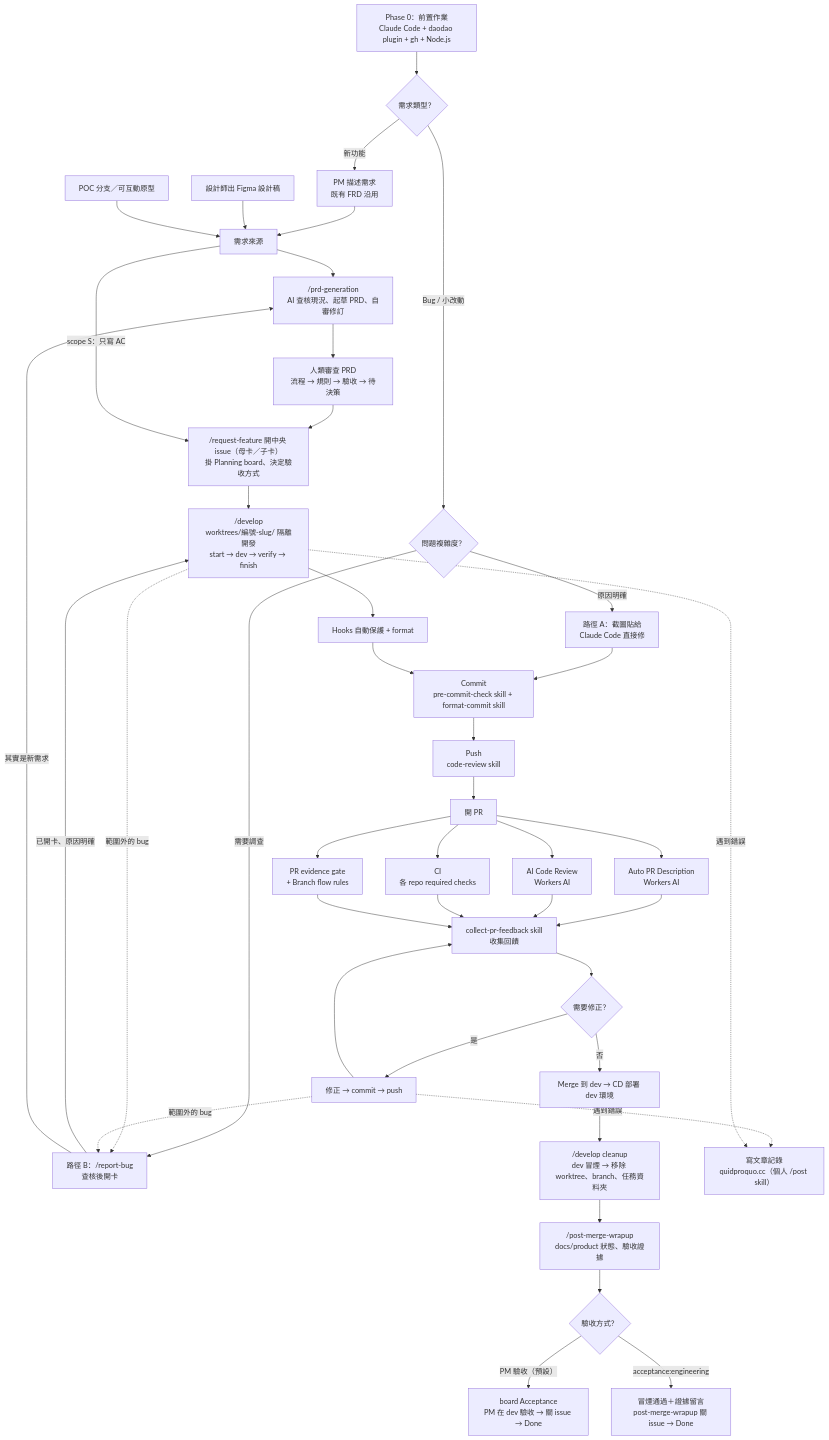
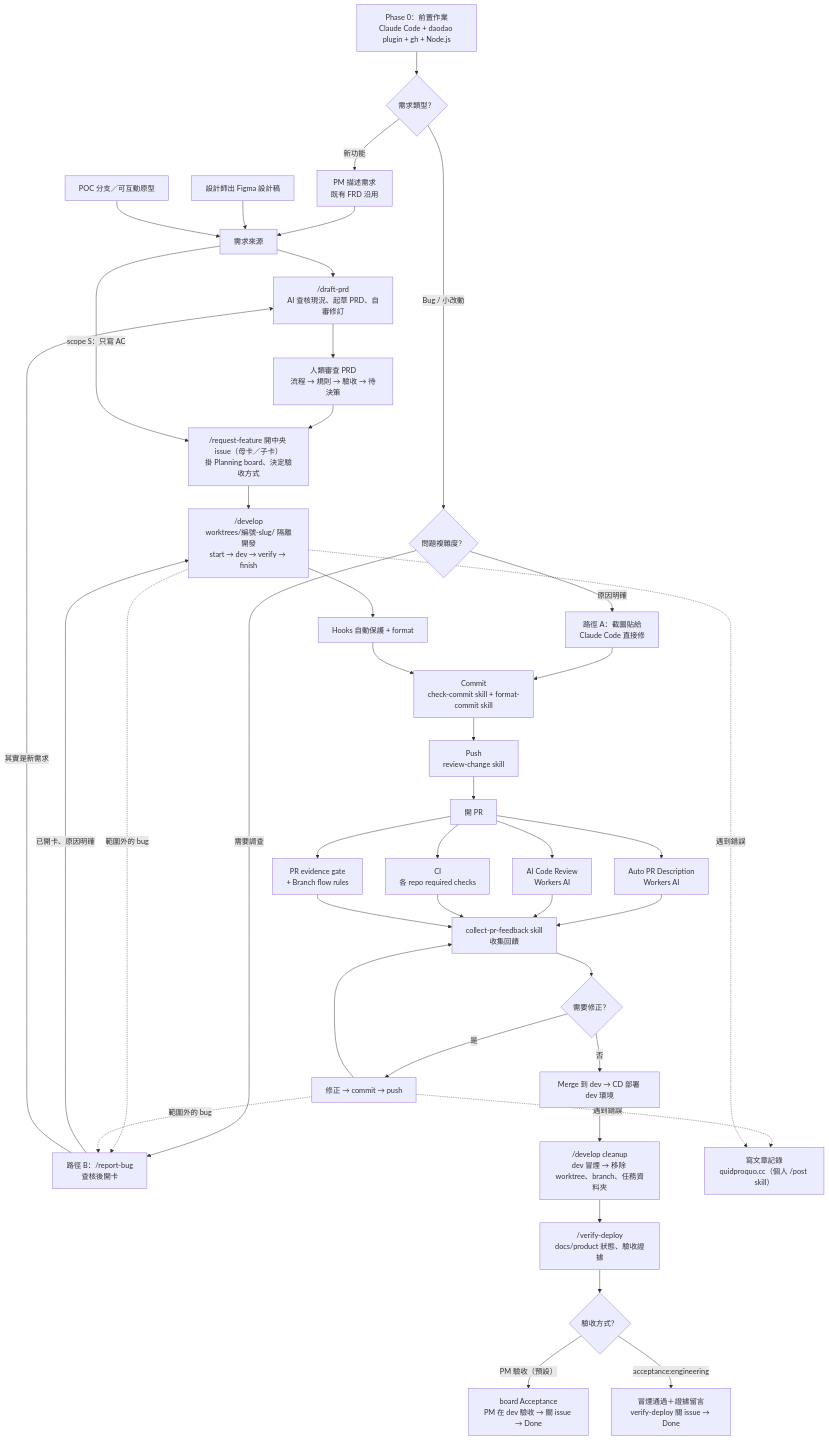
Before and after one commit to daodaoedu/daodao: the diagram in docs/workflow.md, drawn with Mermaid. The commit also changed other lines of this file and 126 other files, not shown here.

````diff
--- a/docs/workflow.md
+++ b/docs/workflow.md
@@ -23,46 +23,46 @@
 ```mermaid
 flowchart TD
     A0["Phase 0：前置作業<br/>Claude Code + daodao plugin + gh + Node.js"] --> BUG{"需求類型？"}
 
     BUG -- "新功能" --> A1
     A1[PM 描述需求<br/>既有 FRD 沿用] --> A4[需求來源]
     A2[設計師出 Figma 設計稿] --> A4
     A3[POC 分支／可互動原型] --> A4
-    A4 --> B["/prd-generation<br/>AI 查核現況、起草 PRD、自審修訂"]
+    A4 --> B["/draft-prd<br/>AI 查核現況、起草 PRD、自審修訂"]
 
     BUG -- "Bug / 小改動" --> BUGPATH{"問題複雜度？"}
     BUGPATH -- "原因明確" --> BUGA["路徑 A：截圖貼給<br/>Claude Code 直接修"]
     BUGA --> H
     BUGPATH -- "需要調查" --> BUGB["路徑 B：/report-bug<br/>查核後開卡"]
     BUGB -- "已開卡、原因明確" --> F
     BUGB -- "其實是新需求" --> B
     B --> E["人類審查 PRD<br/>流程 → 規則 → 驗收 → 待決策"]
     E --> E2["/request-feature 開中央 issue（母卡／子卡）<br/>掛 Planning board、決定驗收方式"]
     A4 -- "scope S：只寫 AC" --> E2
     E2 --> F["/develop<br/>worktrees/編號-slug/ 隔離開發<br/>start → dev → verify → finish"]
     F --> G["Hooks 自動保護 + format"]
-    G --> H["Commit<br/>pre-commit-check skill + format-commit skill"]
-    H --> I["Push<br/>code-review skill"]
+    G --> H["Commit<br/>check-commit skill + format-commit skill"]
+    H --> I["Push<br/>review-change skill"]
     I --> J[開 PR]
 
     J --> K["Auto PR Description<br/>Workers AI"]
     J --> L["AI Code Review<br/>Workers AI"]
     J --> N["CI<br/>各 repo required checks"]
     J --> V["PR evidence gate<br/>+ Branch flow rules"]
 
     K & L & N & V --> O["collect-pr-feedback skill<br/>收集回饋"]
     O --> P{需要修正？}
     P -- 是 --> Q[修正 → commit → push] --> O
     P -- 否 --> R[Merge 到 dev → CD 部署 dev 環境]
     R --> S["/develop cleanup<br/>dev 冒煙 → 移除 worktree、branch、任務資料夾"]
-    S --> T["/post-merge-wrapup<br/>docs/product 狀態、驗收證據"]
+    S --> T["/verify-deploy<br/>docs/product 狀態、驗收證據"]
 
     Q -. 遇到錯誤 .-> U["寫文章記錄<br/>quidproquo.cc（個人 /post skill）"]
     F -. 遇到錯誤 .-> U
     F -. 範圍外的 bug .-> BUGB
     Q -. 範圍外的 bug .-> BUGB
 
     T --> Z{"驗收方式？"}
     Z -- "PM 驗收（預設）" --> Z1["board Acceptance<br/>PM 在 dev 驗收 → 關 issue → Done"]
-    Z -- "acceptance:engineering" --> Z2["冒煙通過＋證據留言<br/>post-merge-wrapup 關 issue → Done"]
+    Z -- "acceptance:engineering" --> Z2["冒煙通過＋證據留言<br/>verify-deploy 關 issue → Done"]
 ```
````
